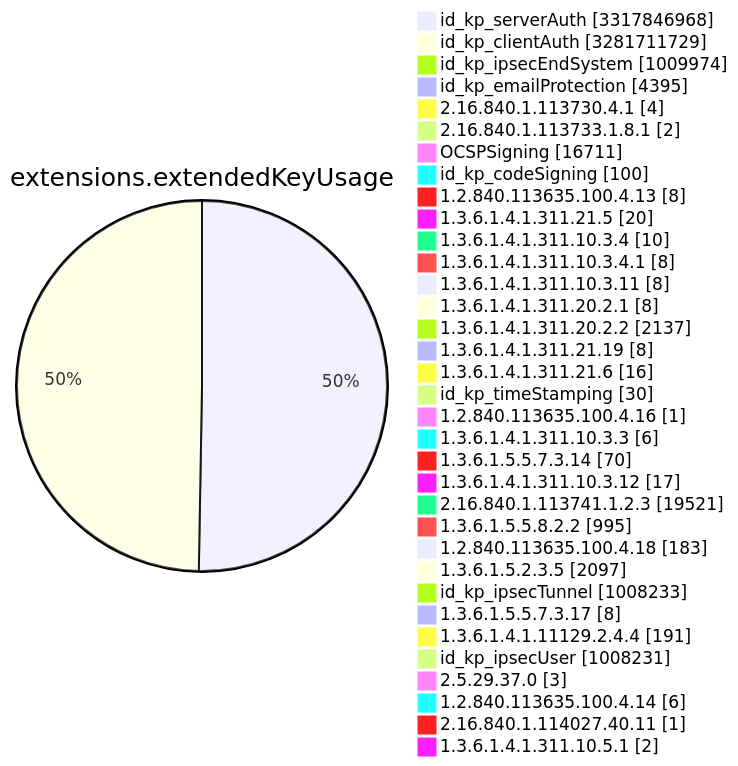
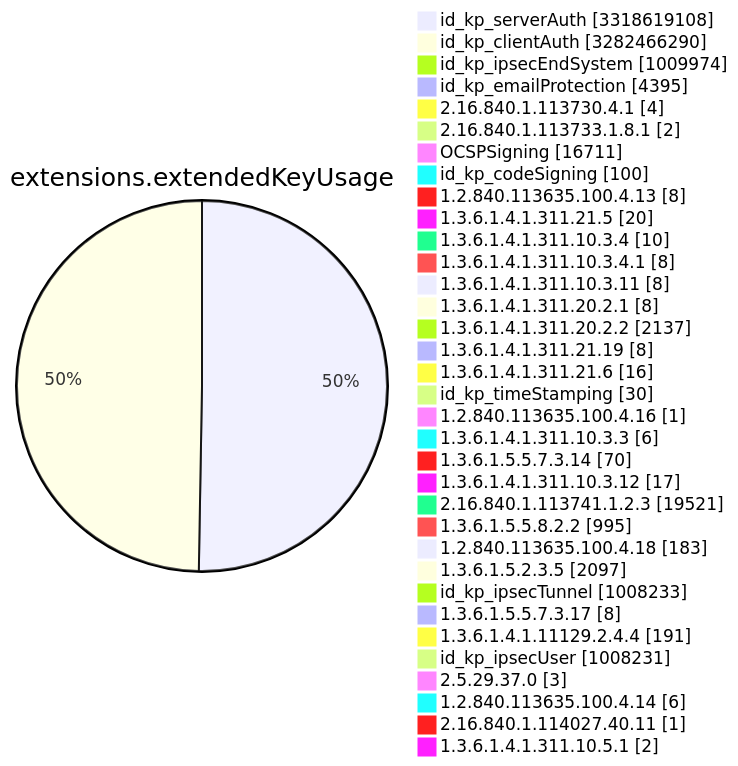
One commit to christiankrug/ctmonitor_visualization changed diagram 11 of 15 in TOTAL/README.md. Above: the diagram before and after it, drawn with Mermaid. The commit also changed other lines of this file, not shown here.

````diff
--- a/TOTAL/README.md
+++ b/TOTAL/README.md
@@ -4120,38 +4120,38 @@
 ```mermaid
 pie showData
 title extensions.extendedKeyUsage
-"id_kp_serverAuth" :3317846968
-"id_kp_clientAuth" :3281711729
+"id_kp_serverAuth" :3318619108
+"id_kp_clientAuth" :3282466290
 "id_kp_ipsecEndSystem" :1009974
 "id_kp_emailProtection" :4395
 "2.16.840.1.113730.4.1" :4
 "2.16.840.1.113733.1.8.1" :2
 "OCSPSigning" :16711
 "id_kp_codeSigning" :100
 "1.2.840.113635.100.4.13" :8
 "1.3.6.1.4.1.311.21.5" :20
 "1.3.6.1.4.1.311.10.3.4" :10
 "1.3.6.1.4.1.311.10.3.4.1" :8
 "1.3.6.1.4.1.311.10.3.11" :8
 "1.3.6.1.4.1.311.20.2.1" :8
 "1.3.6.1.4.1.311.20.2.2" :2137
 "1.3.6.1.4.1.311.21.19" :8
 "1.3.6.1.4.1.311.21.6" :16
 "id_kp_timeStamping" :30
 "1.2.840.113635.100.4.16" :1
 "1.3.6.1.4.1.311.10.3.3" :6
 "1.3.6.1.5.5.7.3.14" :70
 "1.3.6.1.4.1.311.10.3.12" :17
 "2.16.840.1.113741.1.2.3" :19521
 "1.3.6.1.5.5.8.2.2" :995
 "1.2.840.113635.100.4.18" :183
 "1.3.6.1.5.2.3.5" :2097
 "id_kp_ipsecTunnel" :1008233
 "1.3.6.1.5.5.7.3.17" :8
 "1.3.6.1.4.1.11129.2.4.4" :191
 "id_kp_ipsecUser" :1008231
 "2.5.29.37.0" :3
 "1.2.840.113635.100.4.14" :6
 "2.16.840.1.114027.40.11" :1
 "1.3.6.1.4.1.311.10.5.1" :2
 ```
````
